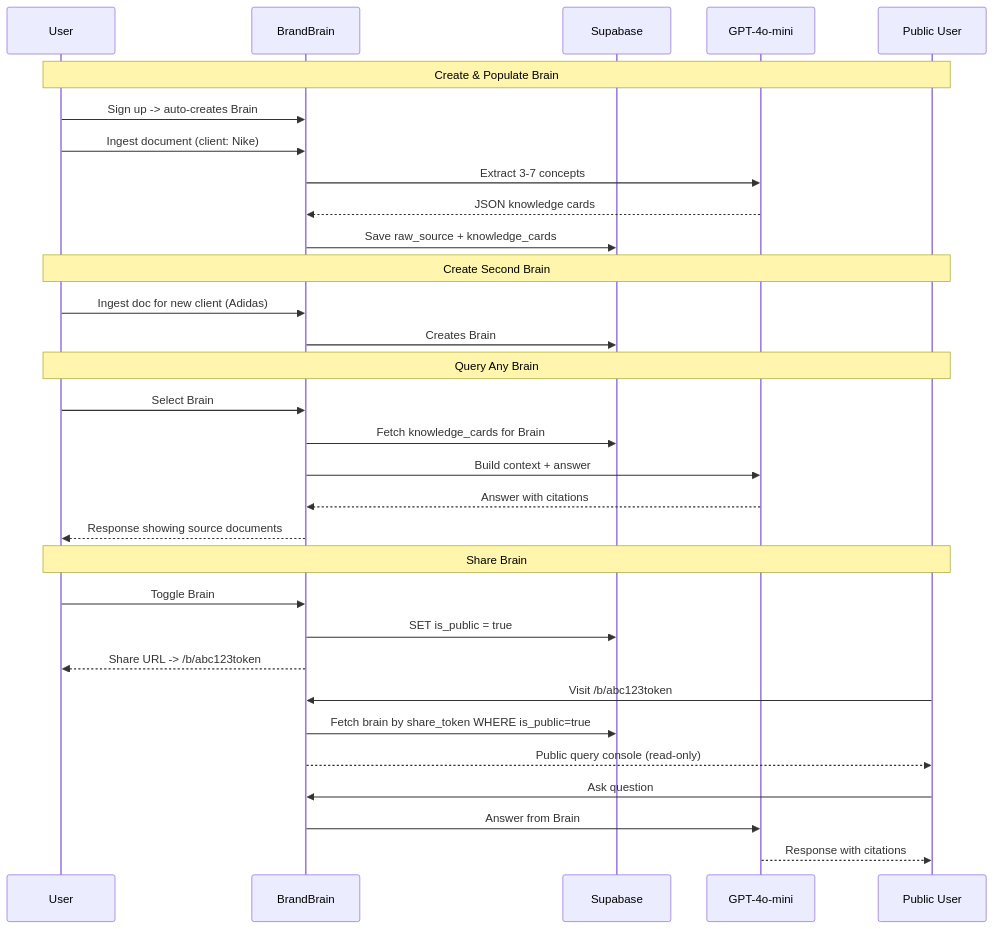
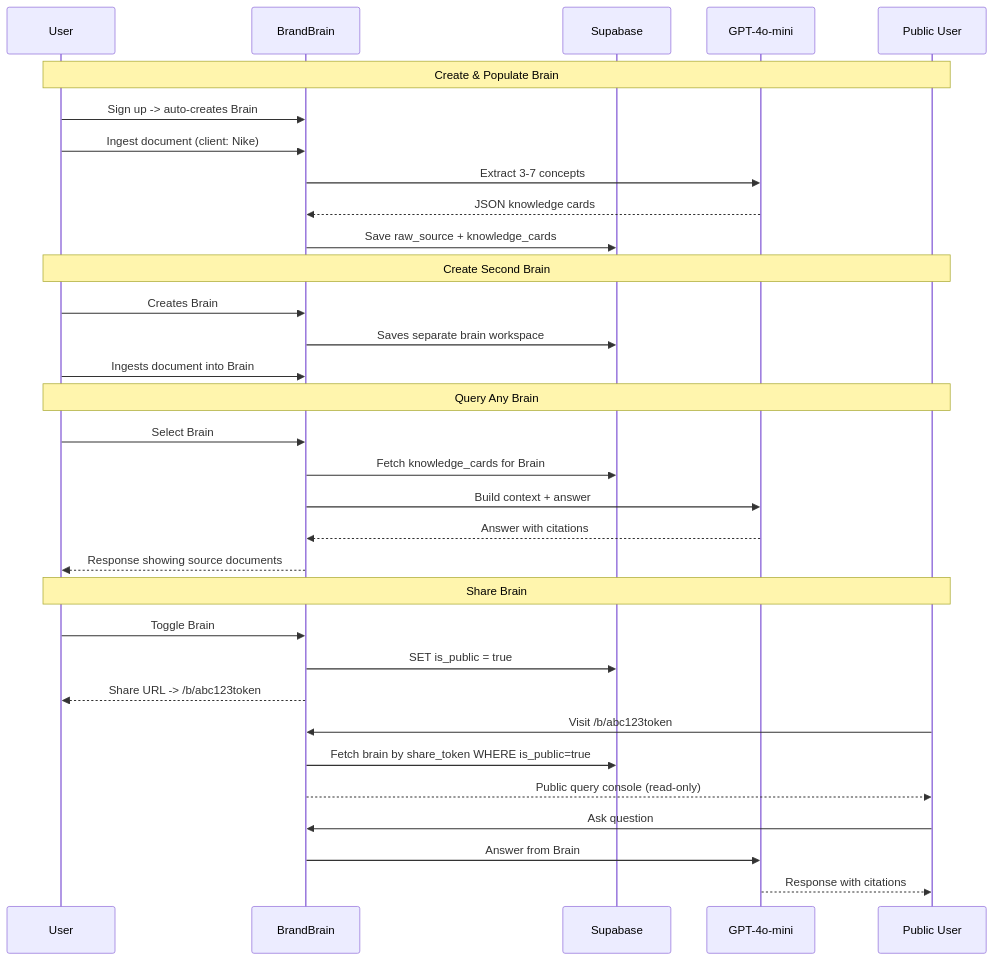
Before and after one commit to NikhilRaikwar/BrandBrain: the fourth of 7 diagrams in README.md, drawn with Mermaid. The commit also changed other lines of this file, not shown here.

````diff
--- a/README.md
+++ b/README.md
@@ -154,38 +154,39 @@
 ```mermaid
 sequenceDiagram
     participant U as User
     participant App as BrandBrain
     participant DB as Supabase
     participant AI as GPT-4o-mini
     participant P as Public User
 
     Note over U,P: Create & Populate Brain
     U->>App: Sign up -> auto-creates Brain #1
     U->>App: Ingest document (client: Nike)
     App->>AI: Extract 3-7 concepts
     AI-->>App: JSON knowledge cards
     App->>DB: Save raw_source + knowledge_cards
 
     Note over U,P: Create Second Brain
-    U->>App: Ingest doc for new client (Adidas)
-    App->>DB: Creates Brain #2 automatically
+    U->>App: Creates Brain #2 for another client
+    App->>DB: Saves separate brain workspace
+    U->>App: Ingests document into Brain #2
 
     Note over U,P: Query Any Brain
     U->>App: Select Brain #1 (Nike), ask question
     App->>DB: Fetch knowledge_cards for Brain #1
     App->>AI: Build context + answer
     AI-->>App: Answer with citations
     App-->>U: Response showing source documents
 
     Note over U,P: Share Brain
     U->>App: Toggle Brain #1 public = true
     App->>DB: SET is_public = true
     App-->>U: Share URL -> /b/abc123token
 
     P->>App: Visit /b/abc123token
     App->>DB: Fetch brain by share_token WHERE is_public=true
     App-->>P: Public query console (read-only)
     P->>App: Ask question
     App->>AI: Answer from Brain #1 cards
     AI-->>P: Response with citations
 ```
````
